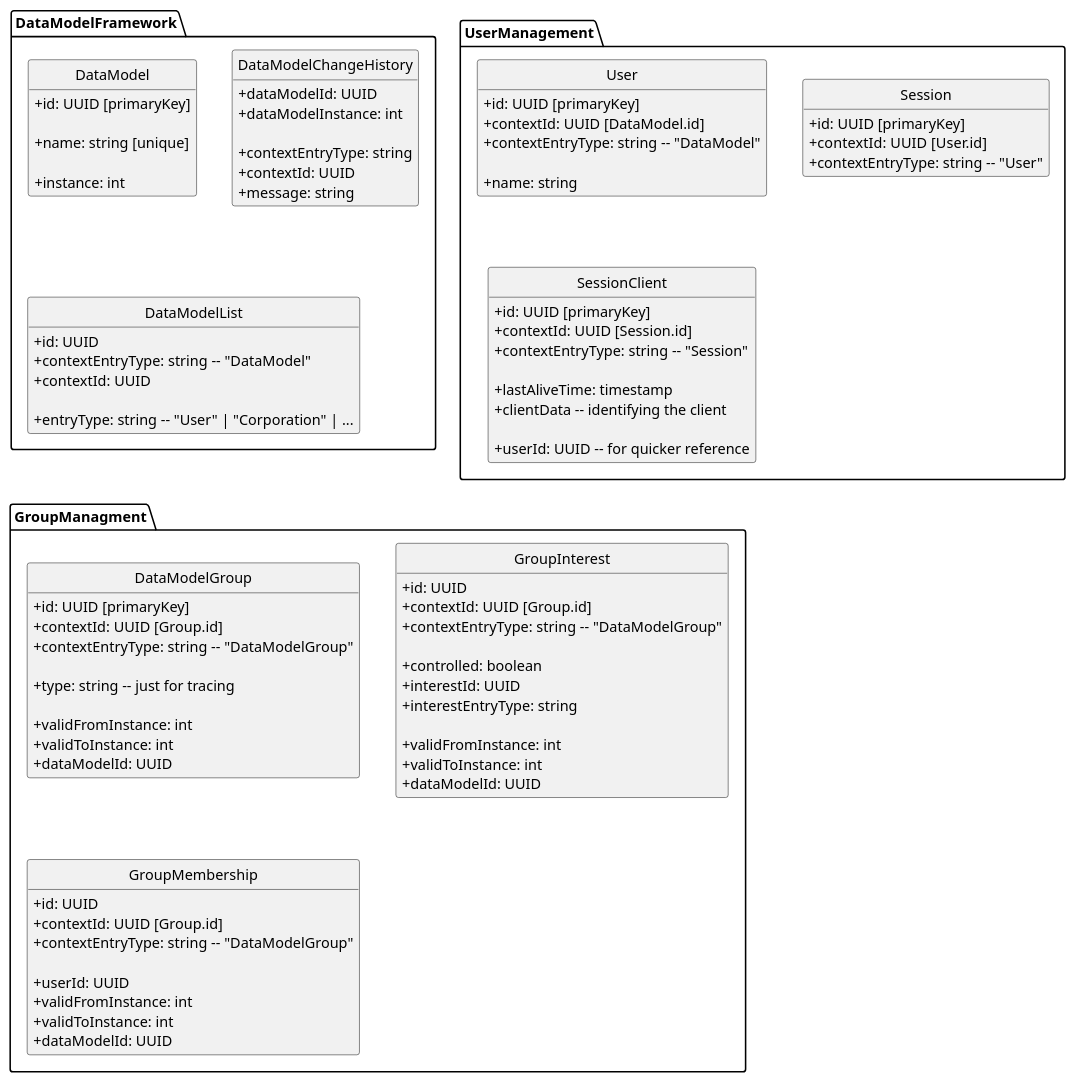
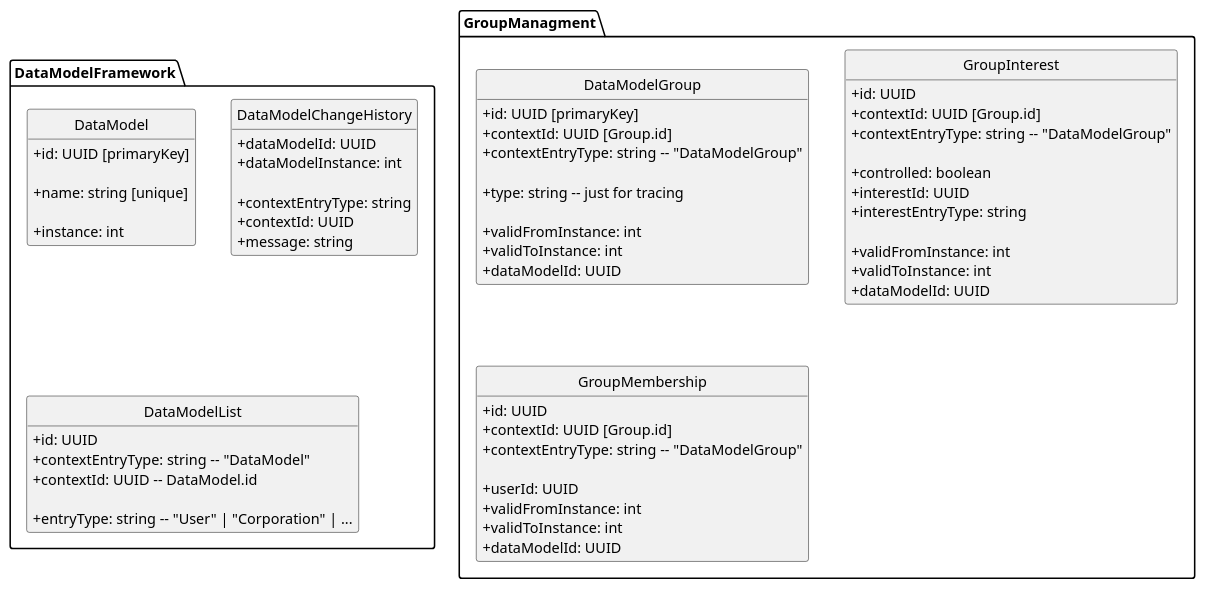
One commit to dertseha/eve-upro changed the diagram in eve-upro/uml/DataBase_Basic.plantuml. Above: the diagram before and after it, drawn with PlantUML. The commit also changed 4 other files, not shown here.

Commit message:
#16 Designed basic user control tables and described authentications - extracted user tables to dedicated file - removed Session data entry - created sequence diagrams for OpenID and CREST authentication - first user commands

```diff
--- a/eve-upro/uml/DataBase_Basic.plantuml
+++ b/eve-upro/uml/DataBase_Basic.plantuml
@@ -1,107 +1,78 @@
 @startuml
 skinparam classAttributeIconSize 0
 hide empty members
 hide circle
 
 package DataModelFramework {
 
 class DataModel {
    + id: UUID [primaryKey]
 
    + name: string [unique]
 
    + instance: int
 }
 
 class DataModelChangeHistory {
    + dataModelId: UUID
    + dataModelInstance: int
 
    + contextEntryType: string   
    + contextId: UUID
    + message: string
 }
 
 class DataModelList {
    + id: UUID
    + contextEntryType: string -- "DataModel"   
-   + contextId: UUID
+   + contextId: UUID -- DataModel.id
    
    + entryType: string -- "User" | "Corporation" | ...
-}
-
-}
-
-package UserManagement {
-
-class User {
-   + id: UUID [primaryKey]
-   + contextId: UUID [DataModel.id]
-   + contextEntryType: string -- "DataModel"
-
-   + name: string
-}
-
-class Session {
-   + id: UUID [primaryKey]
-   + contextId: UUID [User.id]
-   + contextEntryType: string -- "User"
-}
-
-class SessionClient {
-   + id: UUID [primaryKey]
-   + contextId: UUID [Session.id]
-   + contextEntryType: string -- "Session"
-
-   + lastAliveTime: timestamp
-   + clientData -- identifying the client
-   
-   + userId: UUID -- for quicker reference
 }
 
 }
 
 package GroupManagment {
 
 class DataModelGroup {
    + id: UUID [primaryKey]
    + contextId: UUID [Group.id]
    + contextEntryType: string -- "DataModelGroup"
    
    + type: string -- just for tracing
    
    + validFromInstance: int
    + validToInstance: int
    + dataModelId: UUID
 }
 
 class GroupInterest {
    + id: UUID
    + contextId: UUID [Group.id]
    + contextEntryType: string -- "DataModelGroup"
 
    + controlled: boolean   
    + interestId: UUID
    + interestEntryType: string
    
    + validFromInstance: int
    + validToInstance: int
    + dataModelId: UUID
 }
 
 class GroupMembership {
    + id: UUID
    + contextId: UUID [Group.id]
    + contextEntryType: string -- "DataModelGroup"
    
    + userId: UUID
    + validFromInstance: int
    + validToInstance: int
    + dataModelId: UUID
 }
 
 
 }
 
 
 @enduml
```
